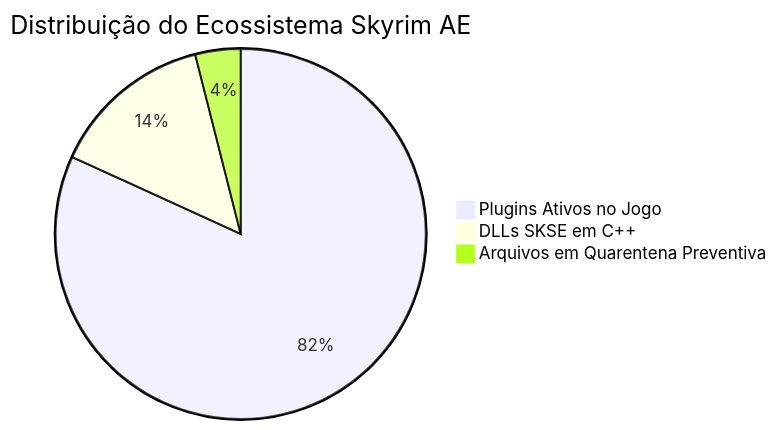
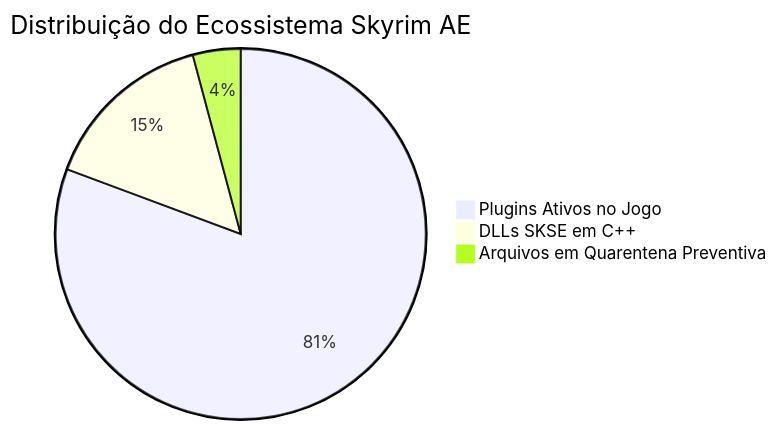
The diagram in games/skyrim-se/CHECKLIST_MODS_INSTALADOS.md (wheslancardoso/dotfiles), drawn with Mermaid before and after one commit. The commit also changed other lines of this file, not shown here.

Commit message:
feat(skyrim): integrar lote 2 de mods (Community Shaders, TK Dodge RE, CCOR, Immersive Citizens) e atingir 213 plugins e 40 DLLs

````diff
--- a/games/skyrim-se/CHECKLIST_MODS_INSTALADOS.md
+++ b/games/skyrim-se/CHECKLIST_MODS_INSTALADOS.md
@@ -33,6 +33,6 @@
 ```mermaid
 pie title Distribuição do Ecossistema Skyrim AE
-    "Plugins Ativos no Jogo" : 207
-    "DLLs SKSE em C++" : 36
-    "Arquivos em Quarentena Preventiva" : 10
+    "Plugins Ativos no Jogo" : 213
+    "DLLs SKSE em C++" : 40
+    "Arquivos em Quarentena Preventiva" : 11
 ```
````
